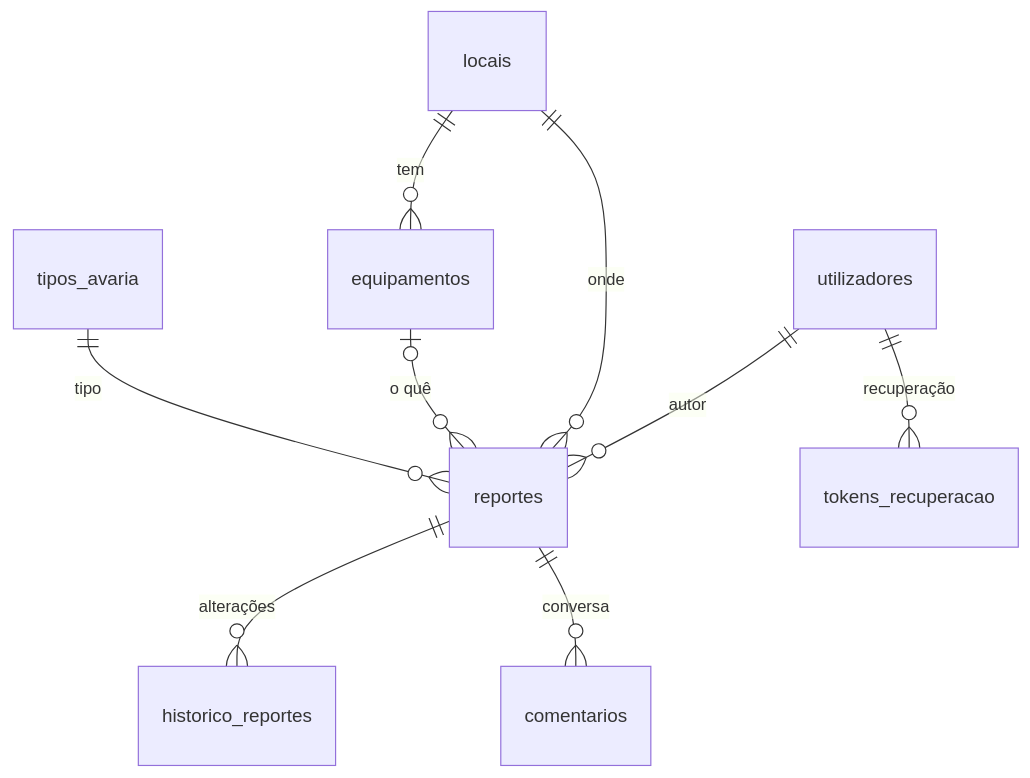
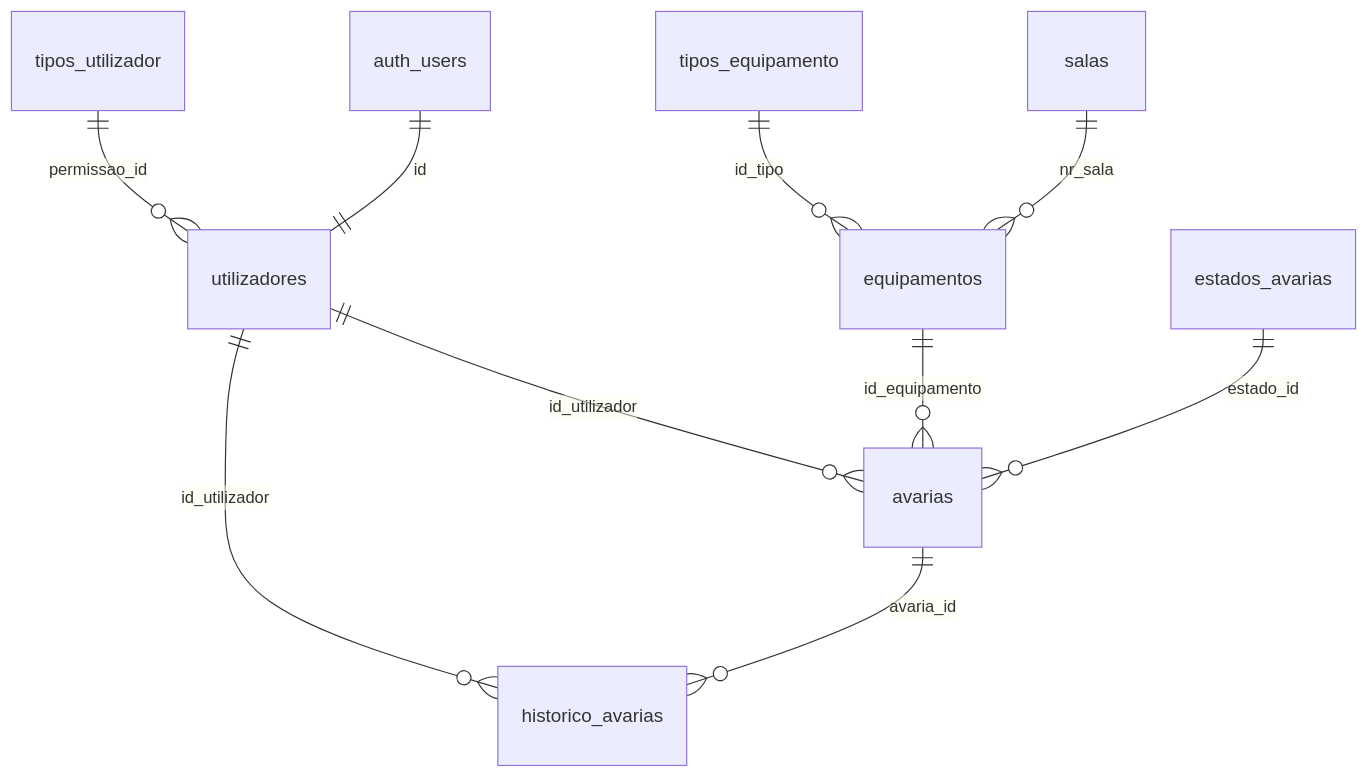
One commit to herberttrabalho2008-bot/Projeto-PASP changed the diagram in docs/base-de-dados.md. Above: the diagram before and after it, drawn with Mermaid. The commit also changed other lines of this file and 74 other files, not shown here.

````diff
--- a/docs/base-de-dados.md
+++ b/docs/base-de-dados.md
@@ -7,11 +7,12 @@
 ```mermaid
 erDiagram
-    utilizadores ||--o{ reportes : "autor"
-    locais ||--o{ equipamentos : "tem"
-    locais ||--o{ reportes : "onde"
-    equipamentos |o--o{ reportes : "o quê"
-    tipos_avaria ||--o{ reportes : "tipo"
-    reportes ||--o{ historico_reportes : "alterações"
-    reportes ||--o{ comentarios : "conversa"
-    utilizadores ||--o{ tokens_recuperacao : "recuperação"
+    auth_users ||--|| utilizadores : "id"
+    tipos_utilizador ||--o{ utilizadores : "permissao_id"
+    utilizadores ||--o{ avarias : "id_utilizador"
+    salas ||--o{ equipamentos : "nr_sala"
+    tipos_equipamento ||--o{ equipamentos : "id_tipo"
+    equipamentos ||--o{ avarias : "id_equipamento"
+    estados_avarias ||--o{ avarias : "estado_id"
+    avarias ||--o{ historico_avarias : "avaria_id"
+    utilizadores ||--o{ historico_avarias : "id_utilizador"
 ```
````
